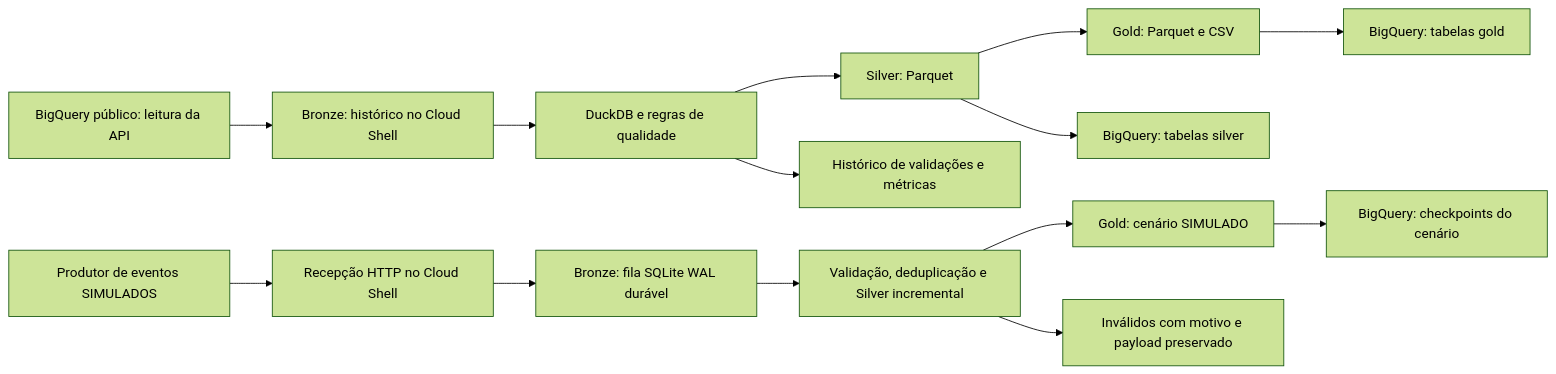
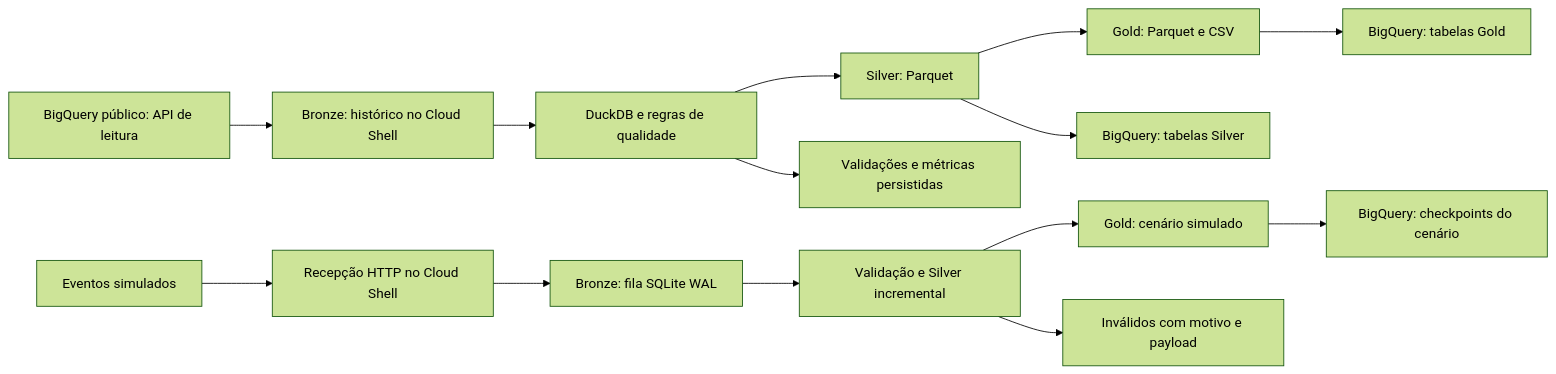
One commit to fulvius10/POSTECH_AI_SCIENTIST-main changed the diagram in tech_challenge_fase_2_alfabetizacao/README.md. Above: the diagram before and after it, drawn with Mermaid (forest theme). The commit also changed other lines of this file and 1 other file, not shown here.

````diff
--- a/tech_challenge_fase_2_alfabetizacao/README.md
+++ b/tech_challenge_fase_2_alfabetizacao/README.md
@@ -87,16 +150,16 @@
 ```mermaid
 flowchart LR
-    Fonte[BigQuery público: leitura da API] --> Bronze[Bronze: histórico no Cloud Shell]
+    Fonte[BigQuery público: API de leitura] --> Bronze[Bronze: histórico no Cloud Shell]
     Bronze --> Validacao[DuckDB e regras de qualidade]
     Validacao --> Silver[Silver: Parquet]
     Silver --> Gold[Gold: Parquet e CSV]
-    Silver --> BQS[BigQuery: tabelas silver]
-    Gold --> BQG[BigQuery: tabelas gold]
-    Validacao --> Auditoria[Histórico de validações e métricas]
-    Simulador[Produtor de eventos SIMULADOS] --> HTTP[Recepção HTTP no Cloud Shell]
-    HTTP --> Fila[Bronze: fila SQLite WAL durável]
-    Fila --> Microlotes[Validação, deduplicação e Silver incremental]
-    Microlotes --> Cenario[Gold: cenário SIMULADO]
-    Microlotes --> Quarentena[Inválidos com motivo e payload preservado]
+    Silver --> BQS[BigQuery: tabelas Silver]
+    Gold --> BQG[BigQuery: tabelas Gold]
+    Validacao --> Auditoria[Validações e métricas persistidas]
+    Simulador[Eventos simulados] --> HTTP[Recepção HTTP no Cloud Shell]
+    HTTP --> Fila[Bronze: fila SQLite WAL]
+    Fila --> Microlotes[Validação e Silver incremental]
+    Microlotes --> Cenario[Gold: cenário simulado]
+    Microlotes --> Quarentena[Inválidos com motivo e payload]
     Cenario --> BQSim[BigQuery: checkpoints do cenário]
 ```
````
